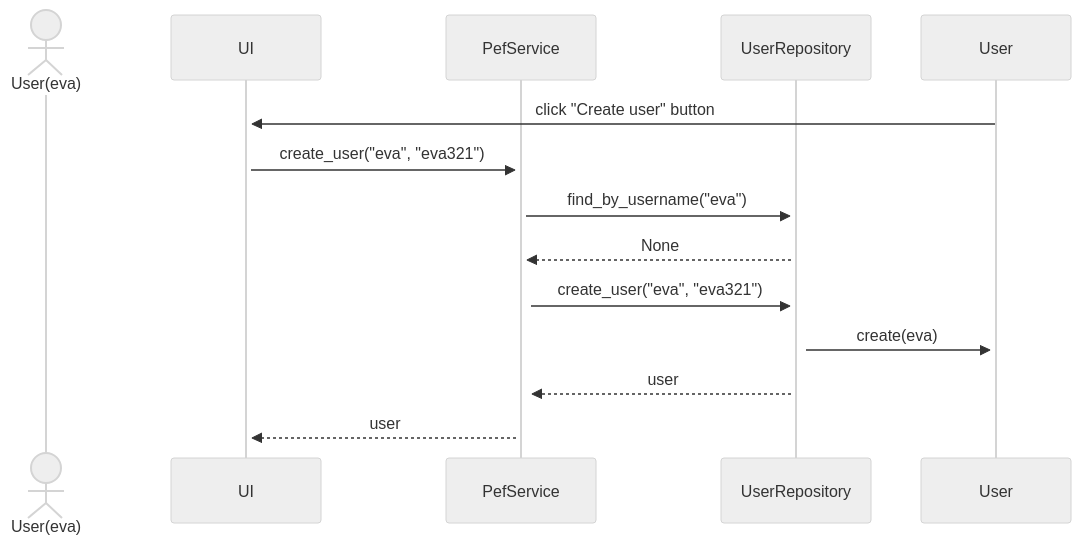
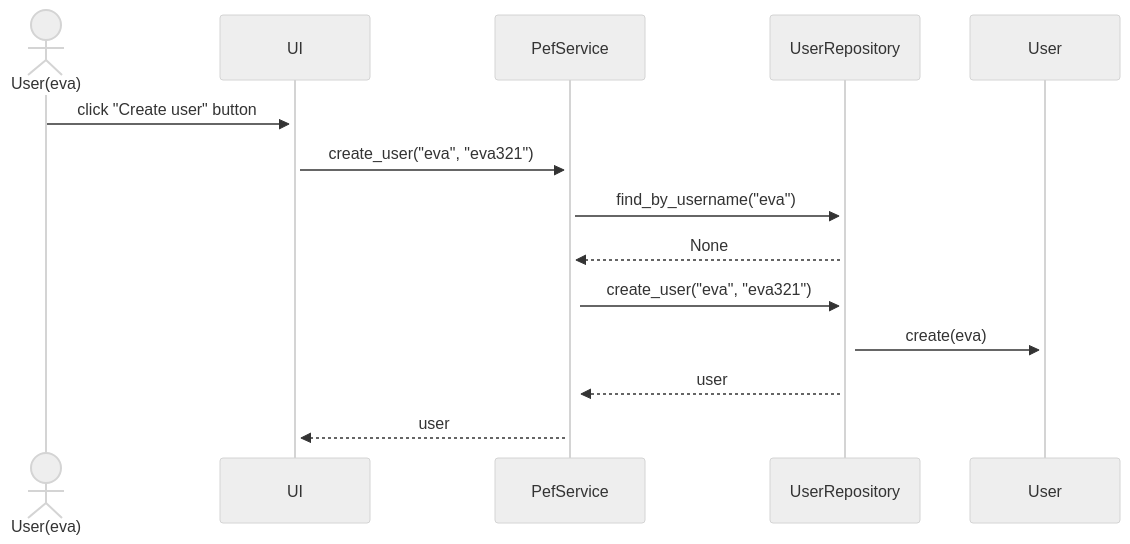
Before and after one commit to JVilo/ot-harjoitustyo: the third of 4 diagrams in dokumentaatio/arkkitehtuuri.md, drawn with Mermaid (neutral theme).

Commit message:
little fixes to the Sequence diagrams

````diff
--- a/dokumentaatio/arkkitehtuuri.md
+++ b/dokumentaatio/arkkitehtuuri.md
@@ -109,16 +109,16 @@
 ```mermaid
 sequenceDiagram
   actor User(eva)
   participant UI
   participant PefService
   participant UserRepository
   participant User
-  User->>+UI: click "Create user" button
+  User(eva)->>+UI: click "Create user" button
   UI->>+PefService: create_user("eva", "eva321")
   PefService->>+UserRepository: find_by_username("eva")
   UserRepository-->>+PefService: None
   PefService->>+UserRepository: create_user("eva", "eva321")
   UserRepository->>+User: create(eva)
   UserRepository-->>PefService: user
   PefService-->>UI: user
 ```
````
